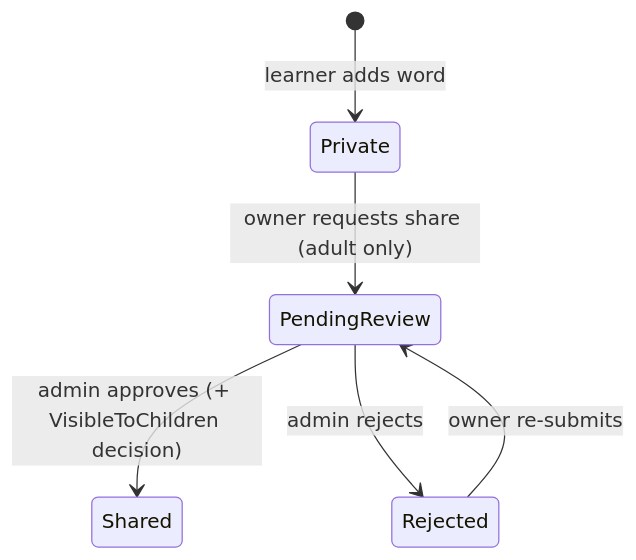
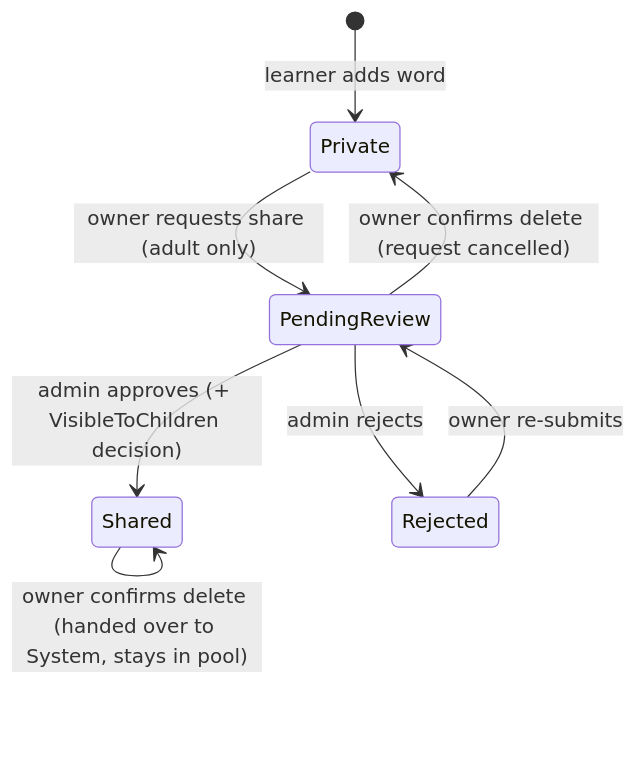
The first of 2 diagrams in docs/features/vocabulary-builder.md (hunglu/WordBuddy), drawn with Mermaid before and after one commit. The commit also changed other lines of this file and 3 other files, not shown here.

````diff
--- a/docs/features/vocabulary-builder.md
+++ b/docs/features/vocabulary-builder.md
@@ -17,8 +17,10 @@
 ```mermaid
 stateDiagram-v2
     [*] --> Private: learner adds word
     Private --> PendingReview: owner requests share (adult only)
     PendingReview --> Shared: admin approves (+ VisibleToChildren decision)
     PendingReview --> Rejected: admin rejects
     Rejected --> PendingReview: owner re-submits
+    PendingReview --> Private: owner confirms delete (request cancelled)
+    Shared --> Shared: owner confirms delete (handed over to System, stays in pool)
 ```
````
